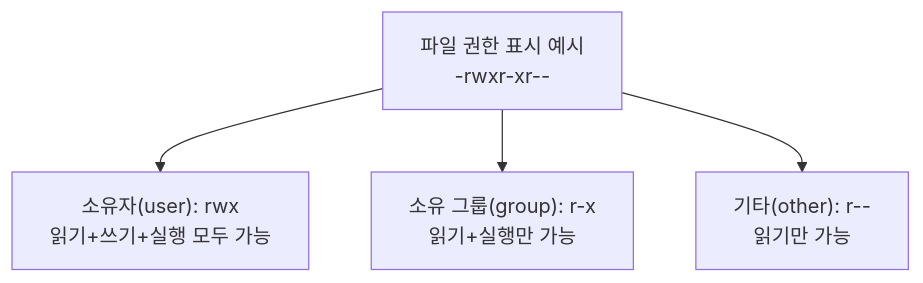
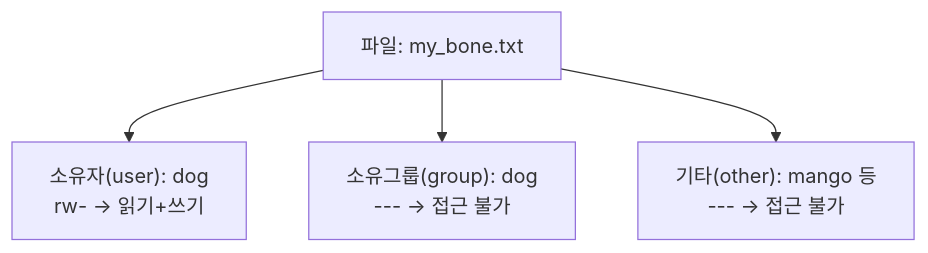
The first of 5 diagrams in _posts/2026-03-06-Linux-3-2.md (sbaek100/sbaek100.github.io), drawn with Mermaid before and after one commit. The commit also changed other lines of this file and 2 other files, not shown here.

Commit message:
Update Linux week 3 Mermaid line breaks

````diff
--- a/_posts/2026-03-06-Linux-3-2.md
+++ b/_posts/2026-03-06-Linux-3-2.md
@@ -76,6 +34,6 @@
 ```mermaid
 flowchart TD
-    P["파일 권한 표시 예시\n-rwxr-xr--"] --> U["소유자(user): rwx\n읽기+쓰기+실행 모두 가능"]
-    P --> G["소유 그룹(group): r-x\n읽기+실행만 가능"]
-    P --> O["기타(other): r--\n읽기만 가능"]
+    File["파일: my_bone.txt"] --> U["소유자(user): dog<br/>rw- → 읽기+쓰기"]
+    File --> G["소유그룹(group): dog<br/>--- → 접근 불가"]
+    File --> O["기타(other): mango 등<br/>--- → 접근 불가"]
 ```
````
